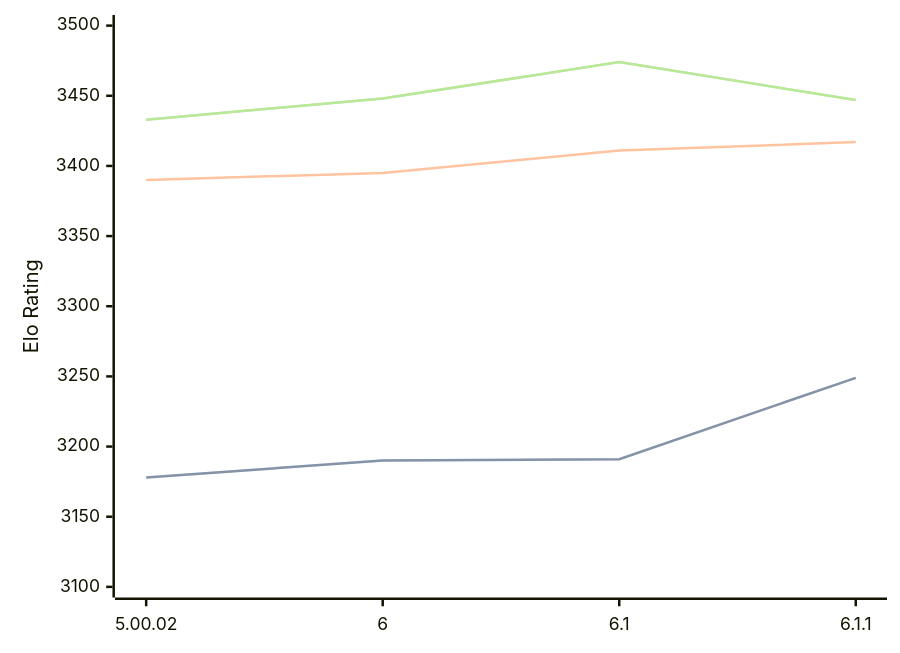
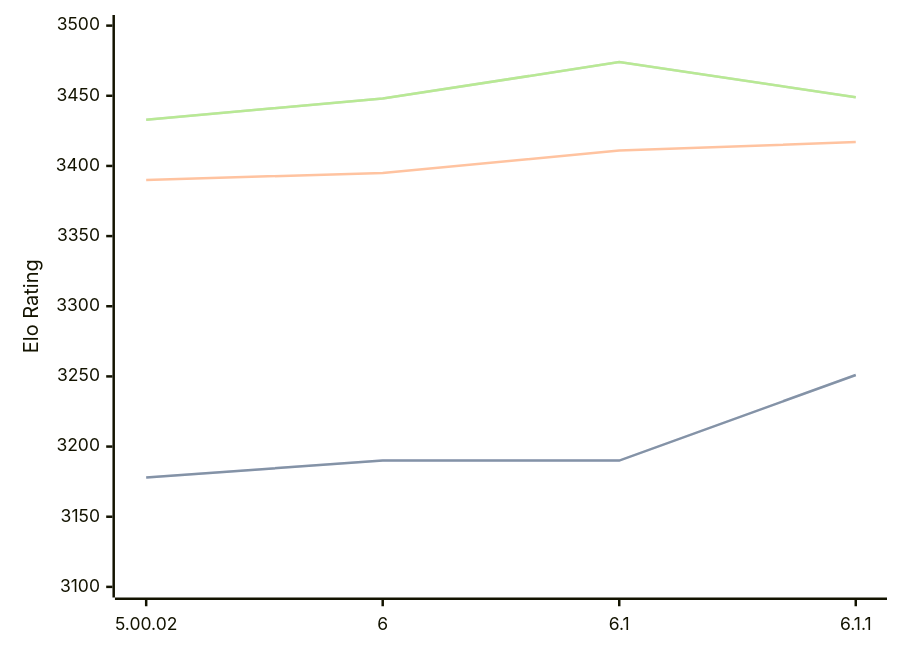
Before and after one commit to computer-chess-index/cci: the diagram in engines/Zangdar.md, drawn with Mermaid. The commit also changed other lines of this file, not shown here.

Commit message:
Update CCI Ratings (ELO VLTC) - 2026-03-06

````diff
--- a/engines/Zangdar.md
+++ b/engines/Zangdar.md
@@ -44,11 +44,11 @@
 ```mermaid
 %%{init: {"theme":"base","themeVariables":{"seriesColors:['#a3a3a3','#222221','#faa371']}}}%%
 xychart-beta
   x-axis ["5.00.02", "6", "6.1", "6.1.1"]
   y-axis "Elo Rating" 3100 --> 3500
-  line "STC (8.0+0.08s)" [3178, 3190, 3191, 3249]
-  line "STC (8.0+0.08s)" [3178, 3190, 3191, 3249]
+  line "STC (8.0+0.08s)" [3178, 3190, 3190, 3251]
+  line "STC (8.0+0.08s)" [3178, 3190, 3190, 3251]
   line "LTC (60.0+0.60s)" [3390, 3395, 3411, 3417]
-  line "VLTC (2m24s+1.12s)" [3433, 3448, 3474, 3447]
-  line "VLTC (2m24s+1.12s)" [3433, 3448, 3474, 3447]
+  line "VLTC (2m24s+1.12s)" [3433, 3448, 3474, 3449]
+  line "VLTC (2m24s+1.12s)" [3433, 3448, 3474, 3449]
 ```
````
